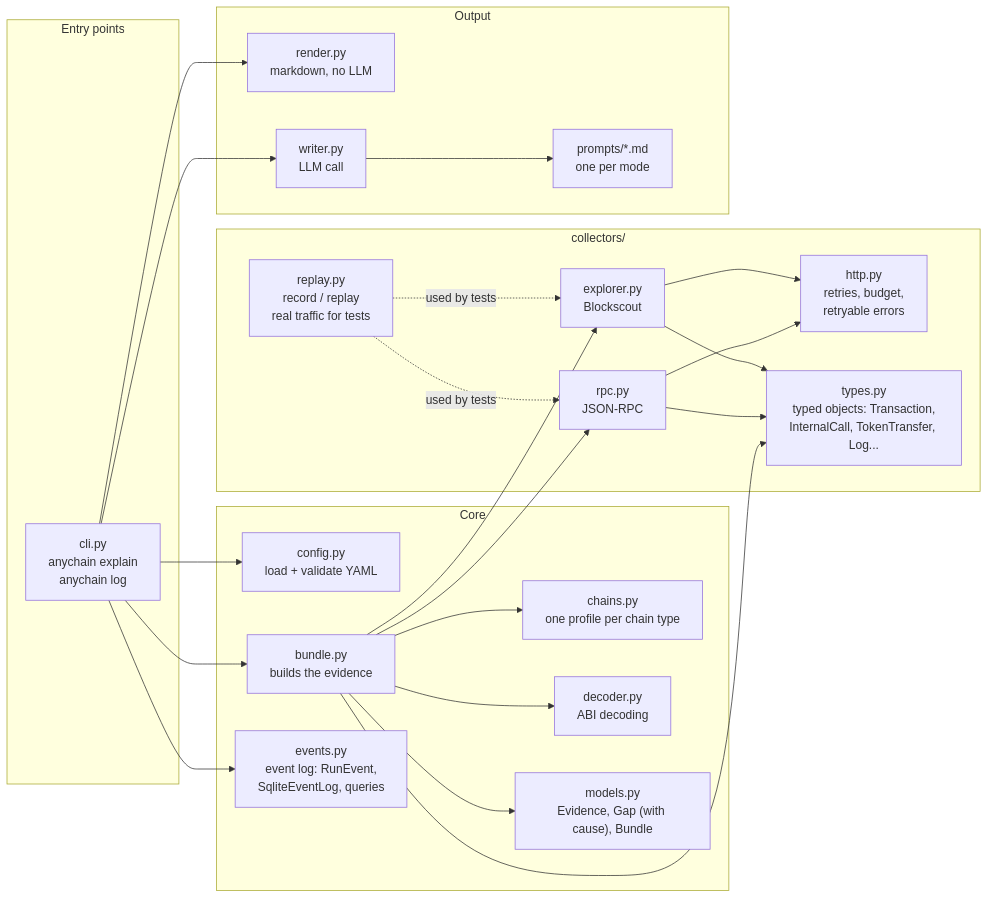
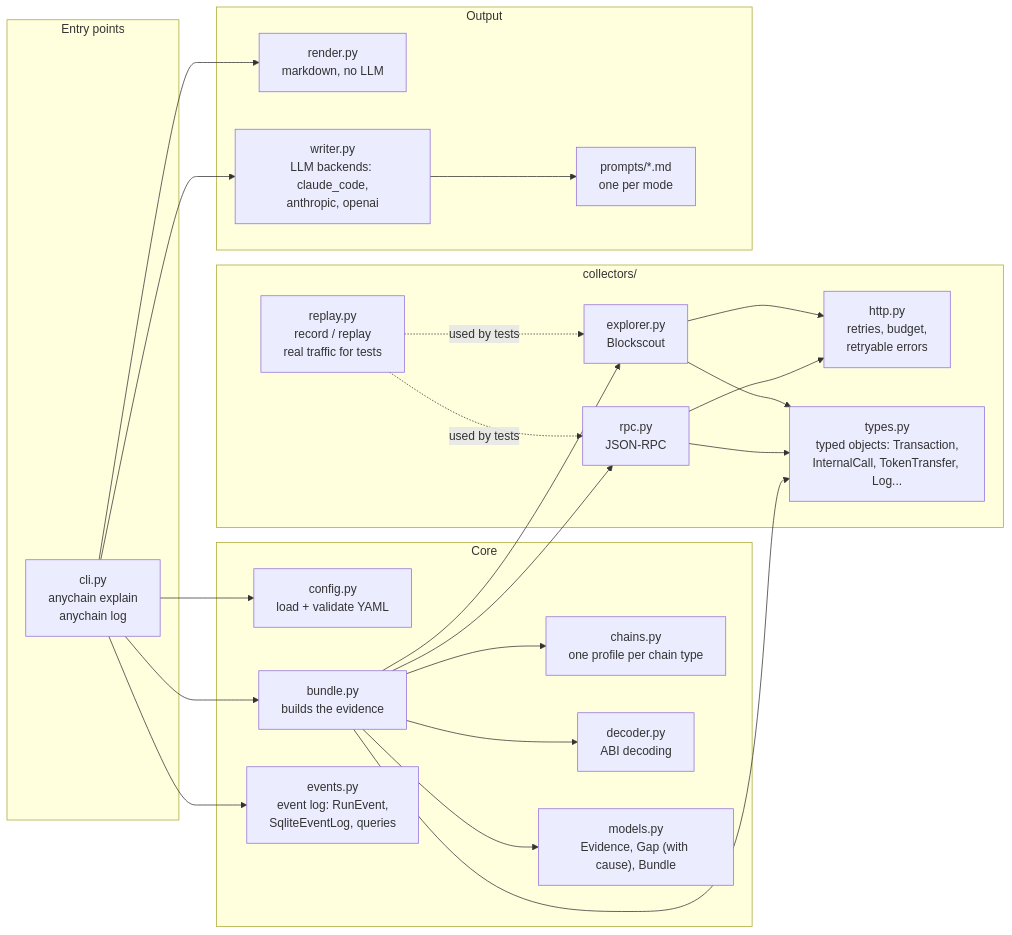
The third of 5 diagrams in docs/ARCHITECTURE.md (Ebaoj/anychain), drawn with Mermaid before and after one commit. The commit also changed other lines of this file and 15 other files, not shown here.

First line of the commit message:
Writer on Claude Code by default; Anthropic and OpenAI APIs as options (D27)

````diff
--- a/docs/ARCHITECTURE.md
+++ b/docs/ARCHITECTURE.md
@@ -123,48 +123,48 @@
 ```mermaid
 flowchart LR
     subgraph entry["Entry points"]
         cli["cli.py<br/>anychain explain<br/>anychain log"]
     end
 
     subgraph core["Core"]
         config["config.py<br/>load + validate YAML"]
         chains["chains.py<br/>one profile per chain type"]
         bundle["bundle.py<br/>builds the evidence"]
         decoder["decoder.py<br/>ABI decoding"]
         models["models.py<br/>Evidence, Gap (with cause), Bundle"]
         events["events.py<br/>event log: RunEvent,<br/>SqliteEventLog, queries"]
     end
 
     subgraph collectors["collectors/"]
         http["http.py<br/>retries, budget,<br/>retryable errors"]
         types["types.py<br/>typed objects: Transaction,<br/>InternalCall, TokenTransfer, Log..."]
         explorer["explorer.py<br/>Blockscout"]
         rpc["rpc.py<br/>JSON-RPC"]
         replay["replay.py<br/>record / replay<br/>real traffic for tests"]
     end
 
     subgraph output["Output"]
         render["render.py<br/>markdown, no LLM"]
-        writer["writer.py<br/>LLM call"]
+        writer["writer.py<br/>LLM backends: claude_code,<br/>anthropic, openai"]
         prompts["prompts/*.md<br/>one per mode"]
     end
 
     cli --> config
     cli --> bundle
     cli --> render
     cli --> writer
     cli --> events
     bundle --> explorer
     bundle --> rpc
     bundle --> decoder
     bundle --> models
     bundle --> chains
     explorer --> http
     rpc --> http
     explorer --> types
     rpc --> types
     bundle --> types
     writer --> prompts
     replay -.used by tests.-> explorer
     replay -.used by tests.-> rpc
 ```
````
